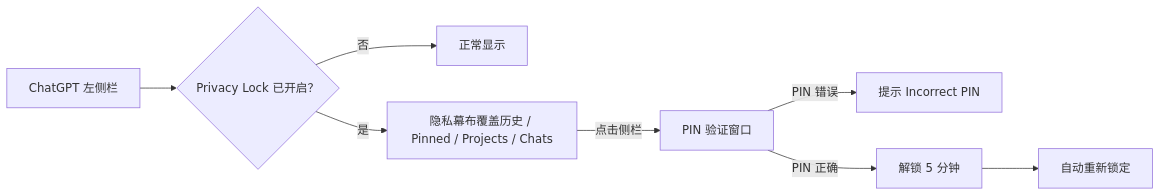
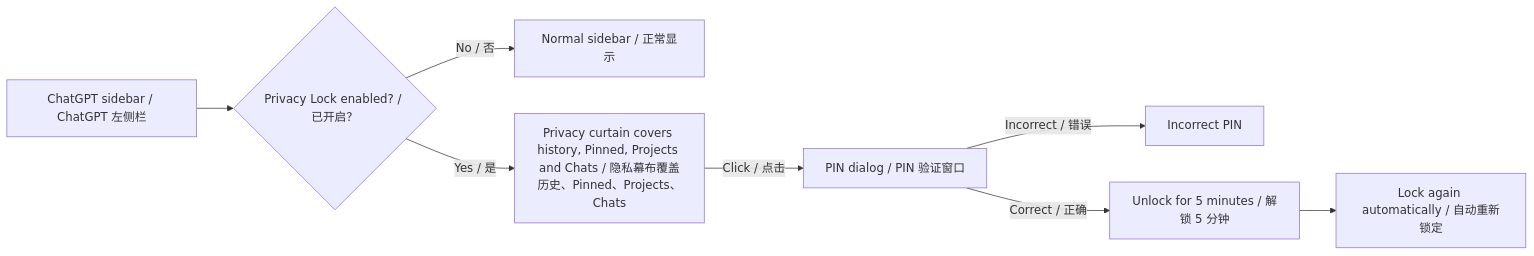
Before and after one commit to Marcel330-ait/chatgpt-privacy-lock: the diagram in README.md, drawn with Mermaid. The commit also changed other lines of this file, not shown here.

````diff
--- a/README.md
+++ b/README.md
@@ -11,10 +13,10 @@
 ```mermaid
 flowchart LR
-    A["ChatGPT 左侧栏"] --> B{"Privacy Lock 已开启？"}
-    B -->|否| C["正常显示"]
-    B -->|是| D["隐私幕布覆盖历史 / Pinned / Projects / Chats"]
-    D -->|点击侧栏| E["PIN 验证窗口"]
-    E -->|PIN 错误| F["提示 Incorrect PIN"]
-    E -->|PIN 正确| G["解锁 5 分钟"]
-    G --> H["自动重新锁定"]
+    A["ChatGPT sidebar / ChatGPT 左侧栏"] --> B{"Privacy Lock enabled? / 已开启？"}
+    B -->|No / 否| C["Normal sidebar / 正常显示"]
+    B -->|Yes / 是| D["Privacy curtain covers history, Pinned, Projects and Chats / 隐私幕布覆盖历史、Pinned、Projects、Chats"]
+    D -->|Click / 点击| E["PIN dialog / PIN 验证窗口"]
+    E -->|Incorrect / 错误| F["Incorrect PIN"]
+    E -->|Correct / 正确| G["Unlock for 5 minutes / 解锁 5 分钟"]
+    G --> H["Lock again automatically / 自动重新锁定"]
 ```
````
